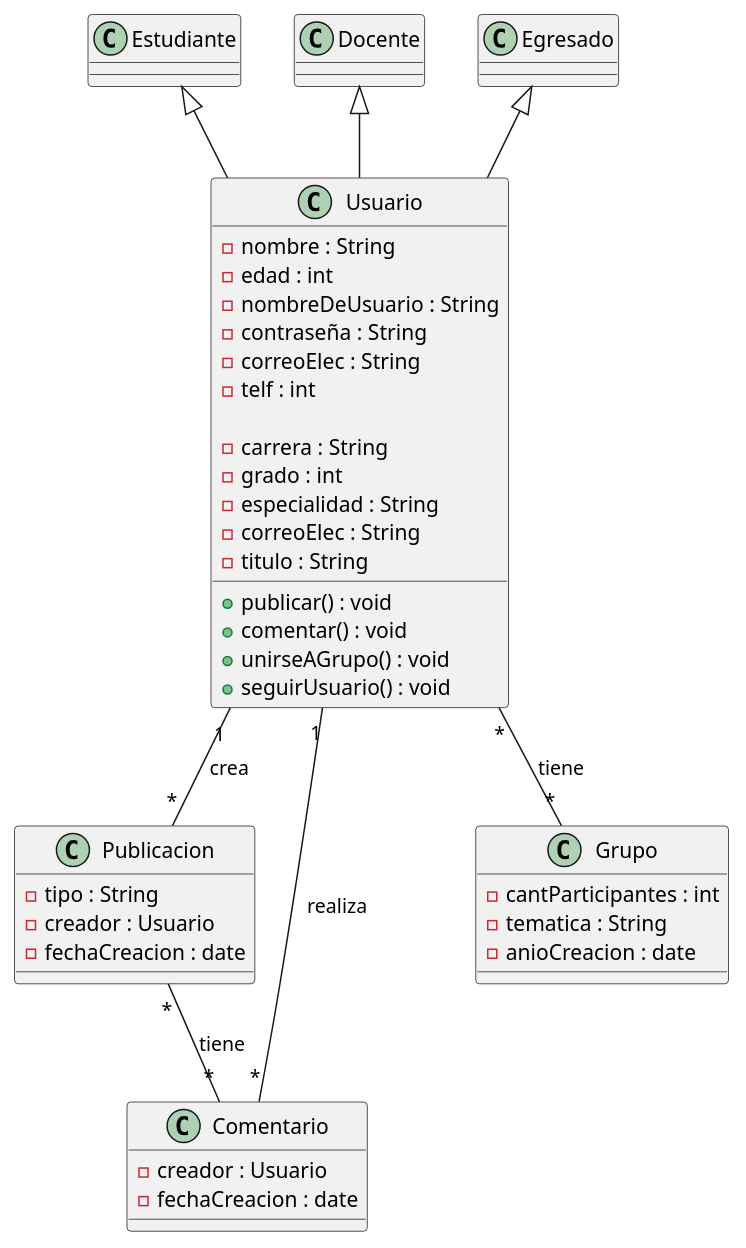
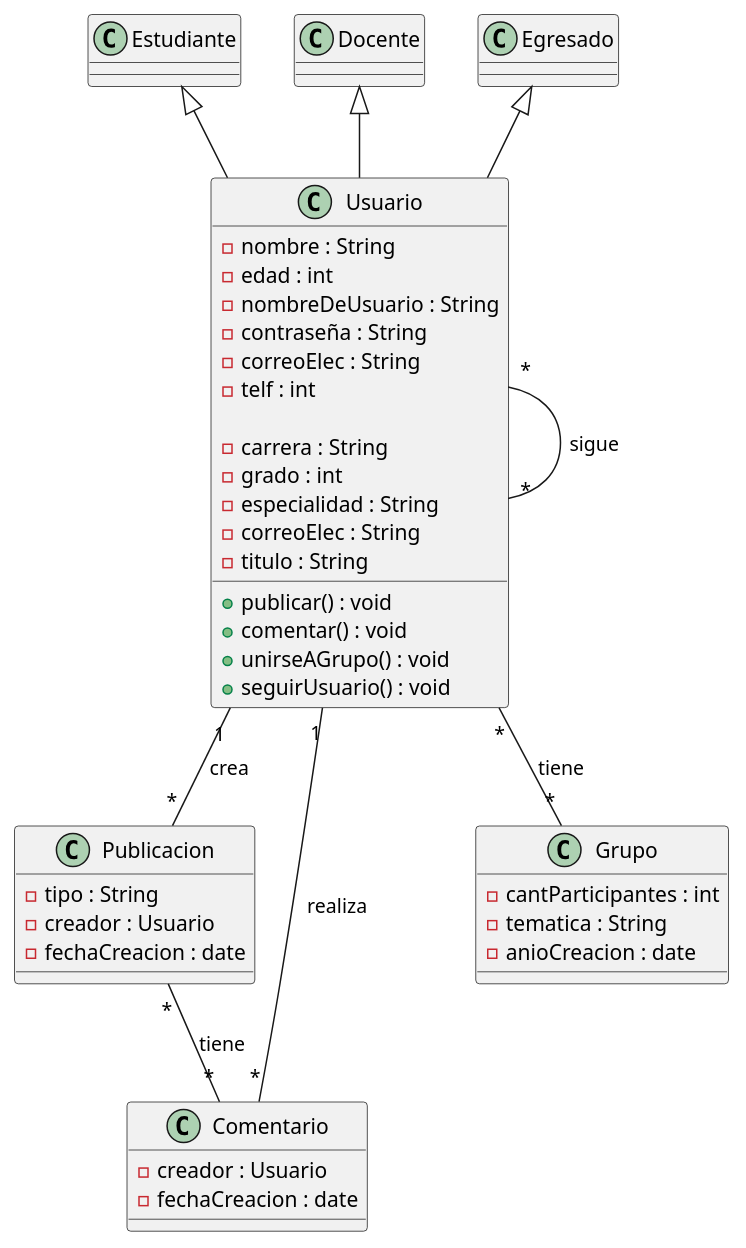
One commit to Sosat-pixel/CFE-Prog2-Pr6 changed the diagram in src/Ejercicio4.puml. Above: the diagram before and after it, drawn with PlantUML.

```diff
--- a/src/Ejercicio4.puml
+++ b/src/Ejercicio4.puml
@@ -1,54 +1,56 @@
 @startuml
 
 class Usuario{
     -nombre : String
     -edad : int
     -nombreDeUsuario : String
     -contraseña : String
     -correoElec : String
     -telf : int
 
     +publicar() : void
     +comentar() : void
     +unirseAGrupo() : void
     +seguirUsuario() : void
 }
 
 class Usuario extends Estudiante{
     -carrera : String
 }
 
 class Usuario extends Docente{
     -grado : int
     -especialidad : String
 }
 
 class Usuario extends Egresado{
     -correoElec : String
     -titulo : String
 }
 
 class Publicacion{
     -tipo : String
     -creador : Usuario
     -fechaCreacion : date
 }
 
 class Comentario{
     -creador : Usuario
     -fechaCreacion : date
 }
 
 class Grupo{
     -cantParticipantes : int
     -tematica : String
     -anioCreacion : date
 
 }
 
 Usuario "1" -- "*" Publicacion : crea
 Usuario "1" -- "*" Comentario : realiza
 Usuario "*" -- "*" Grupo : tiene
 Publicacion "*" -- "*" Comentario : tiene
+Usuario "*" -- "*" Usuario : sigue
+
 
 @enduml
```
